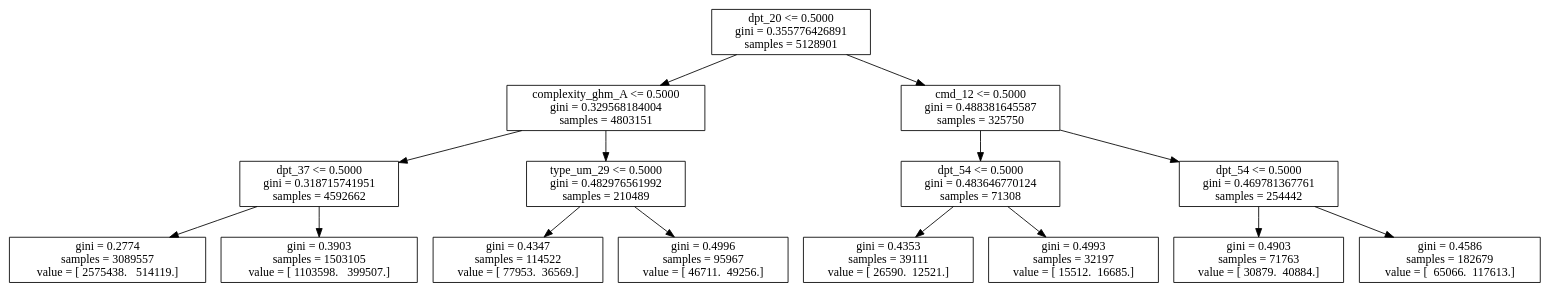
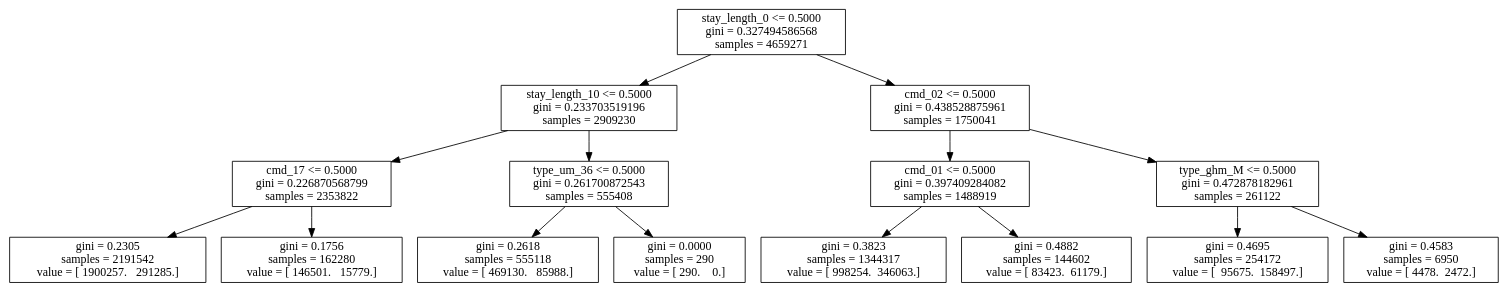
Before and after one commit to Banaei/ces-ds: the diagram in projet_ds/results/dtc.dot, drawn with Graphviz. The commit also changed 9 other files, not shown here.

```diff
--- a/projet_ds/results/dtc.dot
+++ b/projet_ds/results/dtc.dot
@@ -1,31 +1,31 @@
 digraph Tree {
-0 [label="dpt_20 <= 0.5000\ngini = 0.355776426891\nsamples = 5128901", shape="box"] ;
-1 [label="complexity_ghm_A <= 0.5000\ngini = 0.329568184004\nsamples = 4803151", shape="box"] ;
+0 [label="stay_length_0 <= 0.5000\ngini = 0.327494586568\nsamples = 4659271", shape="box"] ;
+1 [label="stay_length_10 <= 0.5000\ngini = 0.233703519196\nsamples = 2909230", shape="box"] ;
 0 -> 1 ;
-2 [label="dpt_37 <= 0.5000\ngini = 0.318715741951\nsamples = 4592662", shape="box"] ;
+2 [label="cmd_17 <= 0.5000\ngini = 0.226870568799\nsamples = 2353822", shape="box"] ;
 1 -> 2 ;
-3 [label="gini = 0.2774\nsamples = 3089557\nvalue = [ 2575438.   514119.]", shape="box"] ;
+3 [label="gini = 0.2305\nsamples = 2191542\nvalue = [ 1900257.   291285.]", shape="box"] ;
 2 -> 3 ;
-4 [label="gini = 0.3903\nsamples = 1503105\nvalue = [ 1103598.   399507.]", shape="box"] ;
+4 [label="gini = 0.1756\nsamples = 162280\nvalue = [ 146501.   15779.]", shape="box"] ;
 2 -> 4 ;
-5 [label="type_um_29 <= 0.5000\ngini = 0.482976561992\nsamples = 210489", shape="box"] ;
+5 [label="type_um_36 <= 0.5000\ngini = 0.261700872543\nsamples = 555408", shape="box"] ;
 1 -> 5 ;
-6 [label="gini = 0.4347\nsamples = 114522\nvalue = [ 77953.  36569.]", shape="box"] ;
+6 [label="gini = 0.2618\nsamples = 555118\nvalue = [ 469130.   85988.]", shape="box"] ;
 5 -> 6 ;
-7 [label="gini = 0.4996\nsamples = 95967\nvalue = [ 46711.  49256.]", shape="box"] ;
+7 [label="gini = 0.0000\nsamples = 290\nvalue = [ 290.    0.]", shape="box"] ;
 5 -> 7 ;
-8 [label="cmd_12 <= 0.5000\ngini = 0.488381645587\nsamples = 325750", shape="box"] ;
+8 [label="cmd_02 <= 0.5000\ngini = 0.438528875961\nsamples = 1750041", shape="box"] ;
 0 -> 8 ;
-9 [label="dpt_54 <= 0.5000\ngini = 0.483646770124\nsamples = 71308", shape="box"] ;
+9 [label="cmd_01 <= 0.5000\ngini = 0.397409284082\nsamples = 1488919", shape="box"] ;
 8 -> 9 ;
-10 [label="gini = 0.4353\nsamples = 39111\nvalue = [ 26590.  12521.]", shape="box"] ;
+10 [label="gini = 0.3823\nsamples = 1344317\nvalue = [ 998254.  346063.]", shape="box"] ;
 9 -> 10 ;
-11 [label="gini = 0.4993\nsamples = 32197\nvalue = [ 15512.  16685.]", shape="box"] ;
+11 [label="gini = 0.4882\nsamples = 144602\nvalue = [ 83423.  61179.]", shape="box"] ;
 9 -> 11 ;
-12 [label="dpt_54 <= 0.5000\ngini = 0.469781367761\nsamples = 254442", shape="box"] ;
+12 [label="type_ghm_M <= 0.5000\ngini = 0.472878182961\nsamples = 261122", shape="box"] ;
 8 -> 12 ;
-13 [label="gini = 0.4903\nsamples = 71763\nvalue = [ 30879.  40884.]", shape="box"] ;
+13 [label="gini = 0.4695\nsamples = 254172\nvalue = [  95675.  158497.]", shape="box"] ;
 12 -> 13 ;
-14 [label="gini = 0.4586\nsamples = 182679\nvalue = [  65066.  117613.]", shape="box"] ;
+14 [label="gini = 0.4583\nsamples = 6950\nvalue = [ 4478.  2472.]", shape="box"] ;
 12 -> 14 ;
 }
```
